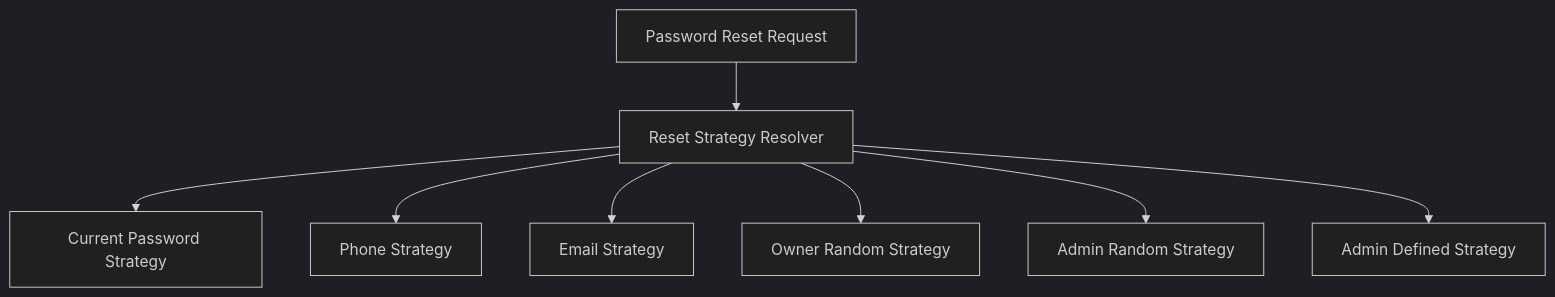
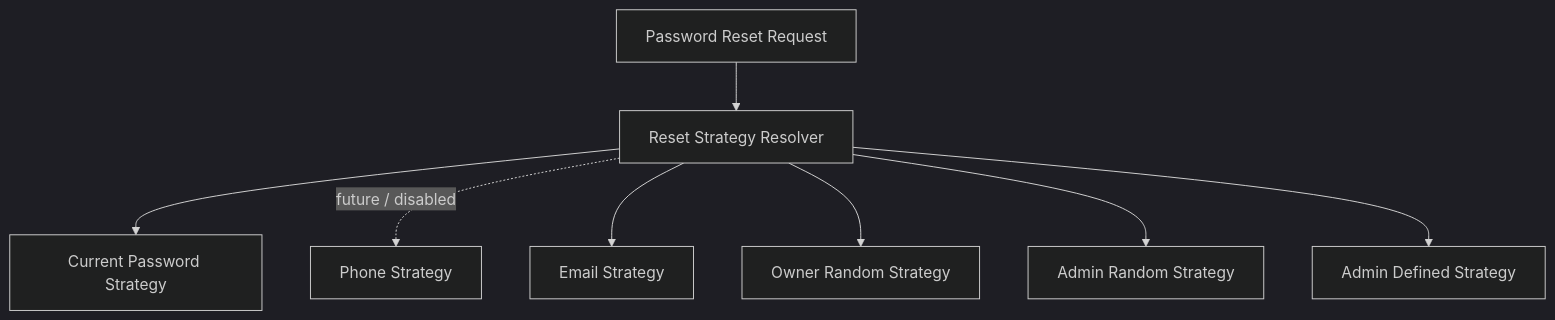
Before and after one commit to sxyq/mastergoods: the ninth of 10 diagrams in docs/system-design/01-账户与身份/04-密码与账号恢复.md, drawn with Mermaid (dark theme). The commit also changed other lines of this file and 12 other files, not shown here.

````diff
--- a/docs/system-design/01-账户与身份/04-密码与账号恢复.md
+++ b/docs/system-design/01-账户与身份/04-密码与账号恢复.md
@@ -363,12 +360,12 @@
 ```mermaid
 flowchart TD
     CMD[Password Reset Request]
     --> RESOLVER[Reset Strategy Resolver]
 
     RESOLVER --> A[Current Password Strategy]
-    RESOLVER --> B[Phone Strategy]
+    RESOLVER -. future / disabled .-> B[Phone Strategy]
     RESOLVER --> C[Email Strategy]
     RESOLVER --> D[Owner Random Strategy]
     RESOLVER --> E[Admin Random Strategy]
     RESOLVER --> F[Admin Defined Strategy]
 ```
````
